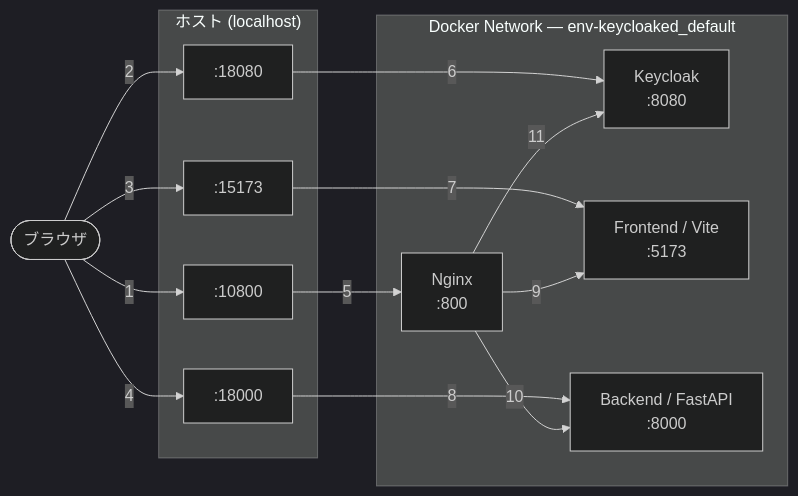
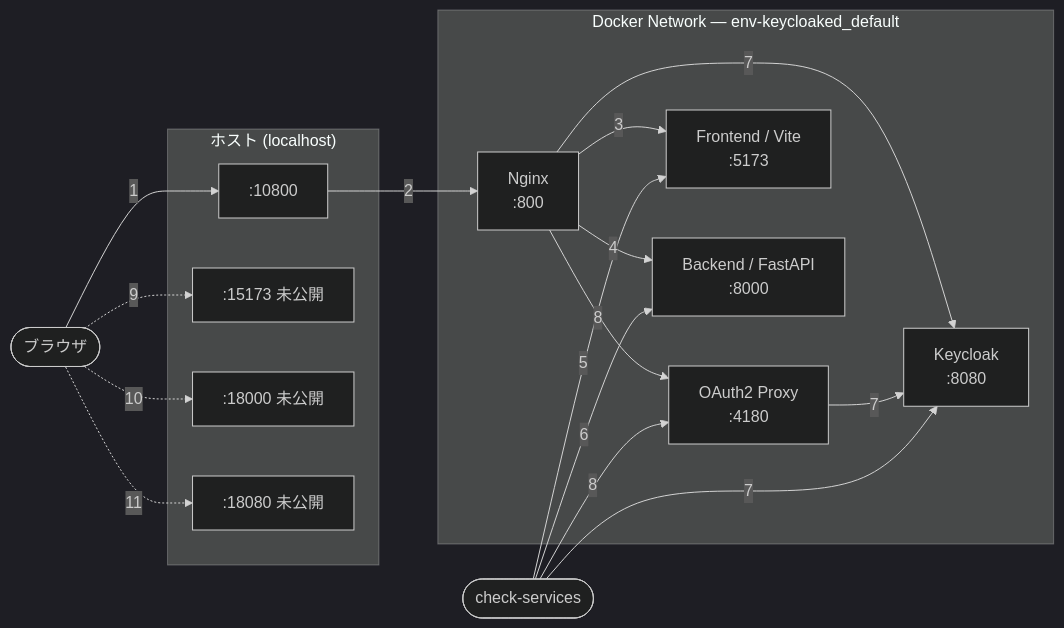
The diagram in README.md (makoto-udemy/env-keycloaked), drawn with Mermaid (dark theme) before and after one commit. The commit also changed other lines of this file and 6 other files, not shown here.

Commit message:
Add Keycloak OAuth2 access gate

````diff
--- a/README.md
+++ b/README.md
@@ -23,32 +24,39 @@
 ```mermaid
 graph LR
   Browser(["ブラウザ"])
 
+  Check(["check-services"])
+
   subgraph Host["ホスト (localhost)"]
     H1[":10800"]
-    H2[":18080"]
-    H3[":15173"]
-    H4[":18000"]
+    H2[":15173 未公開"]
+    H3[":18000 未公開"]
+    H4[":18080 未公開"]
   end
 
   subgraph Network["Docker Network — env-keycloaked_default"]
     Nginx["Nginx\n:800"]
+    OAuth2["OAuth2 Proxy\n:4180"]
     Keycloak["Keycloak\n:8080"]
     Frontend["Frontend / Vite\n:5173"]
     Backend["Backend / FastAPI\n:8000"]
   end
 
   Browser -->|"1"| H1
-  Browser -->|"2"| H2
-  Browser -->|"3"| H3
-  Browser -->|"4"| H4
+  H1 -->|"2"| Nginx
 
-  H1 -->|"5"| Nginx
-  H2 -->|"6"| Keycloak
-  H3 -->|"7"| Frontend
-  H4 -->|"8"| Backend
+  Nginx -->|"3"| Frontend
+  Nginx -->|"4"| Backend
+  Nginx -->|"7"| Keycloak
+  Nginx -->|"8"| OAuth2
+  OAuth2 -->|"7"| Keycloak
 
-  Nginx -->|"9"| Frontend
-  Nginx -->|"10"| Backend
-  Nginx -->|"11"| Keycloak
+  Check -->|"5"| Frontend
+  Check -->|"6"| Backend
+  Check -->|"7"| Keycloak
+  Check -->|"8"| OAuth2
+
+  Browser -.->|"9"| H2
+  Browser -.->|"10"| H3
+  Browser -.->|"11"| H4
 ```
````
